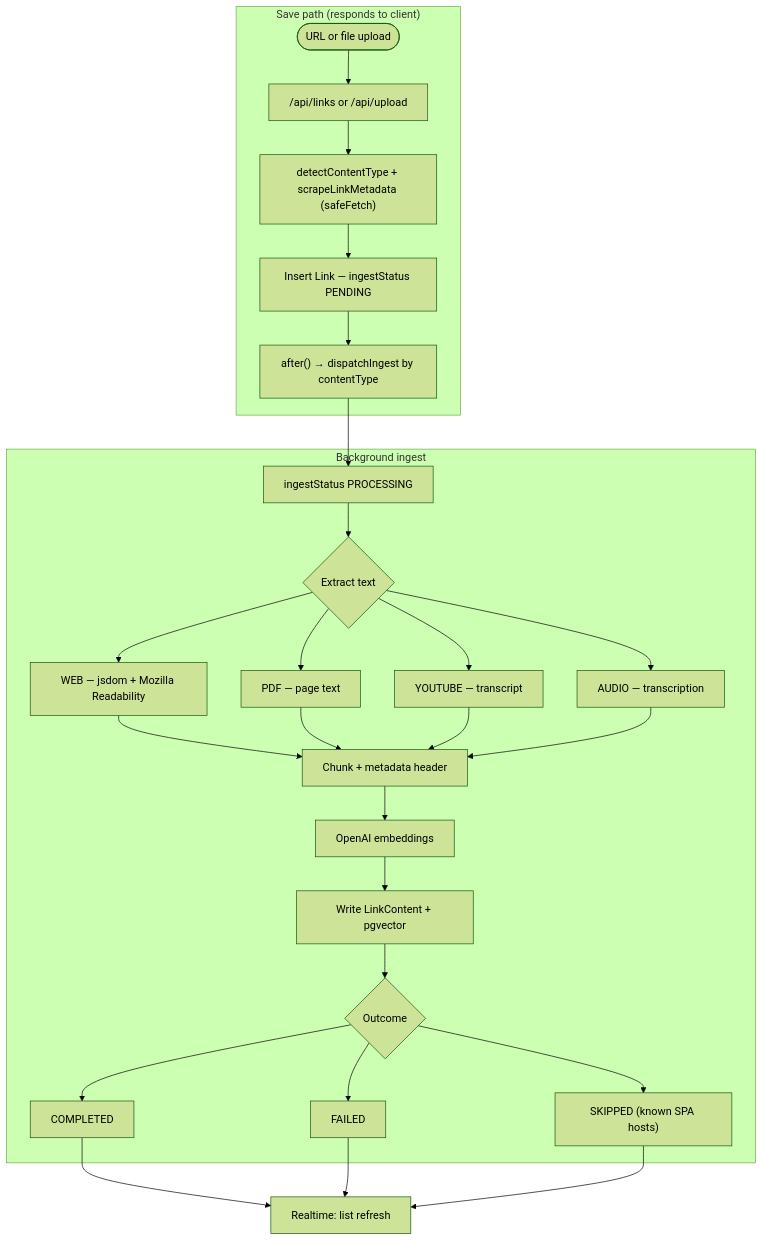
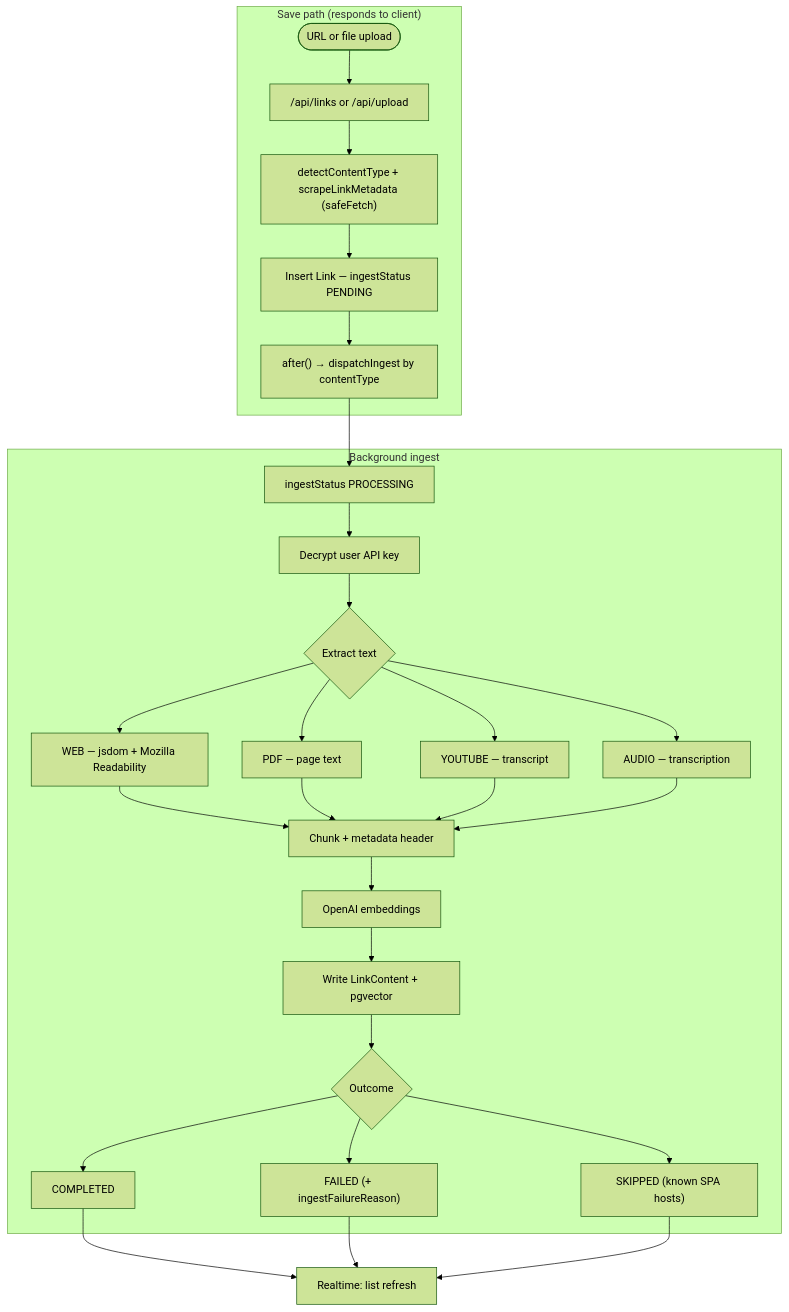
The diagram in README.md (nublson/purl), drawn with Mermaid (forest theme) before and after one commit. The commit also changed other lines of this file, not shown here.

````diff
--- a/README.md
+++ b/README.md
@@ -48,32 +67,33 @@
 ```mermaid
 flowchart TB
   subgraph save["Save path (responds to client)"]
     A(["URL or file upload"]) --> B["/api/links or /api/upload"]
     B --> C["detectContentType + scrapeLinkMetadata (safeFetch)"]
     C --> D["Insert Link — ingestStatus PENDING"]
     D --> E["after() → dispatchIngest by contentType"]
   end
 
   subgraph work["Background ingest"]
     E --> F["ingestStatus PROCESSING"]
-    F --> G{"Extract text"}
+    F --> AK["Decrypt user API key"]
+    AK --> G{"Extract text"}
     G --> W["WEB — jsdom + Mozilla Readability"]
     G --> P["PDF — page text"]
     G --> Y["YOUTUBE — transcript"]
     G --> A2["AUDIO — transcription"]
     W --> H["Chunk + metadata header"]
     P --> H
     Y --> H
     A2 --> H
     H --> I["OpenAI embeddings"]
     I --> J["Write LinkContent + pgvector"]
     J --> K{"Outcome"}
     K --> K1["COMPLETED"]
-    K --> K2["FAILED"]
+    K --> K2["FAILED (+ ingestFailureReason)"]
     K --> K3["SKIPPED (known SPA hosts)"]
   end
 
   K1 --> R["Realtime: list refresh"]
   K2 --> R
   K3 --> R
 ```
````
